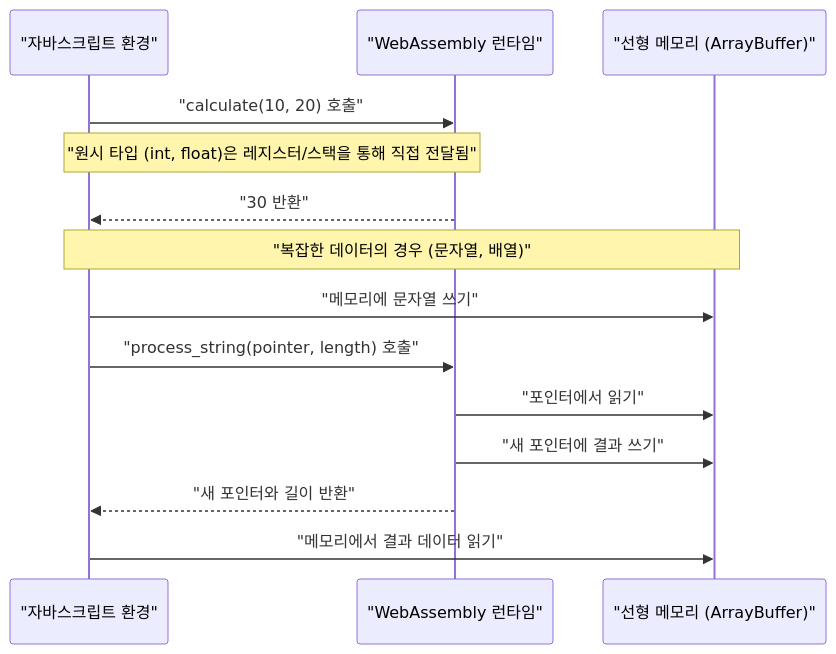
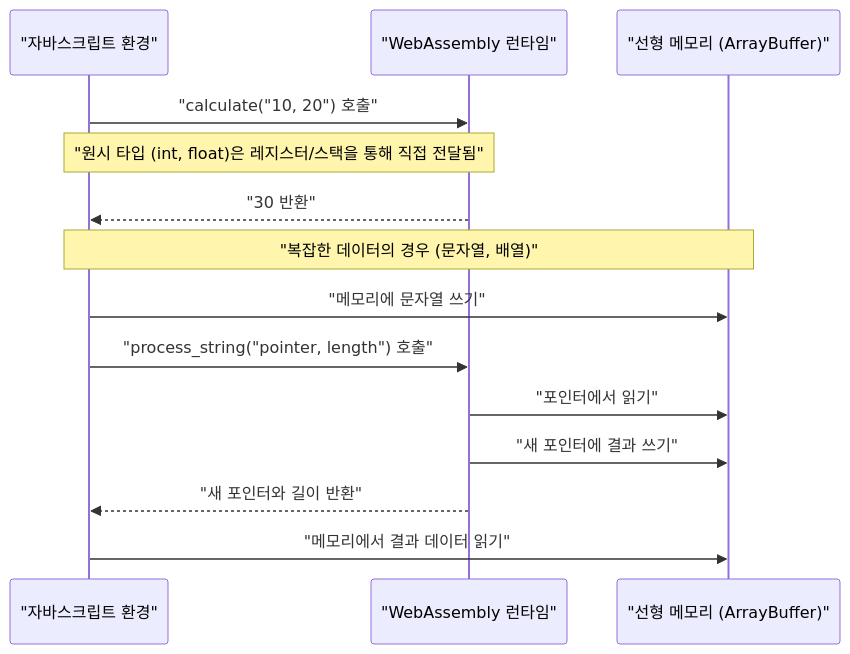
One commit to kenjinote/blog changed the second of 3 diagrams in content/post/webassembly出力/index.ko.md. Above: the diagram before and after it, drawn with Mermaid. The commit also changed 929 other files, not shown here.

Commit message:
fix: Add double quotes to all Mermaid node texts to resolve syntax errors

````diff
--- a/content/post/webassembly出力/index.ko.md
+++ b/content/post/webassembly出力/index.ko.md
@@ -220,18 +220,18 @@
 ```mermaid
 sequenceDiagram
   participant JS as "자바스크립트 환경"
   participant Wasm as "WebAssembly 런타임"
   participant Mem as "선형 메모리 (ArrayBuffer)"
 
-  JS->>Wasm: "calculate(10, 20) 호출"
+  JS->>Wasm: "calculate("10, 20") 호출"
   note over JS,Wasm: "원시 타입 (int, float)은 레지스터/스택을 통해 직접 전달됨"
   Wasm-->>JS: "30 반환"
 
   note over JS, Mem: "복잡한 데이터의 경우 (문자열, 배열)"
   JS->>Mem: "메모리에 문자열 쓰기"
-  JS->>Wasm: "process_string(pointer, length) 호출"
+  JS->>Wasm: "process_string("pointer, length") 호출"
   Wasm->>Mem: "포인터에서 읽기"
   Wasm->>Mem: "새 포인터에 결과 쓰기"
   Wasm-->>JS: "새 포인터와 길이 반환"
   JS->>Mem: "메모리에서 결과 데이터 읽기"
 ```
````
